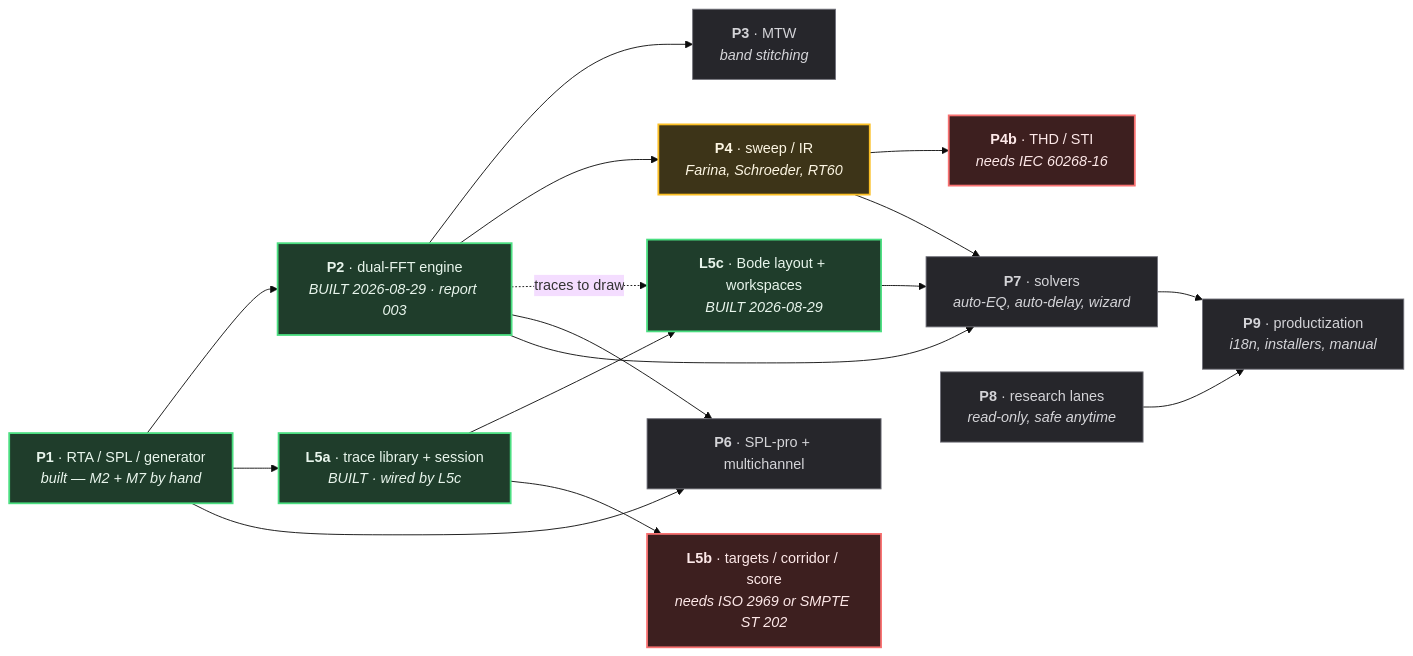
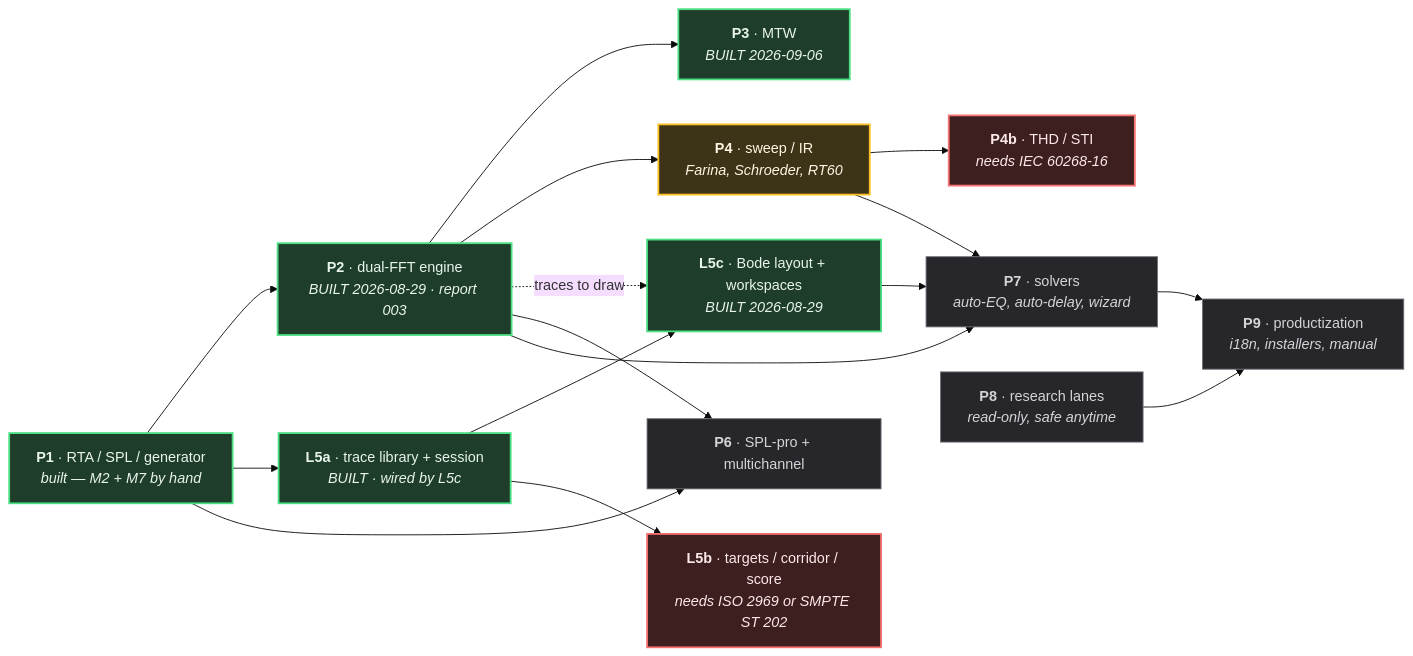
The diagram in docs/plans/MASTER-EXECUTION-PLAN.md (toanaz-ops/rta-tool), drawn with Mermaid (base theme) before and after one commit. The commit also changed other lines of this file and 6 other files, not shown here.

````diff
--- a/docs/plans/MASTER-EXECUTION-PLAN.md
+++ b/docs/plans/MASTER-EXECUTION-PLAN.md
@@ -48,38 +48,38 @@
 ```mermaid
 graph LR
     P1["<b>P1</b> · RTA / SPL / generator<br/><i>built — M2 + M7 by hand</i>"]
     P2["<b>P2</b> · dual-FFT engine<br/><i>BUILT 2026-08-29 · report 003</i>"]
-    P3["<b>P3</b> · MTW<br/><i>band stitching</i>"]
+    P3["<b>P3</b> · MTW<br/><i>BUILT 2026-09-06</i>"]
     P4["<b>P4</b> · sweep / IR<br/><i>Farina, Schroeder, RT60</i>"]
     P4b["<b>P4b</b> · THD / STI<br/><i>needs IEC 60268-16</i>"]
     L5a["<b>L5a</b> · trace library + session<br/><i>BUILT · wired by L5c</i>"]
     L5b["<b>L5b</b> · targets / corridor / score<br/><i>needs ISO 2969 or SMPTE ST 202</i>"]
     L5c["<b>L5c</b> · Bode layout + workspaces<br/><i>BUILT 2026-08-29</i>"]
     P6["<b>P6</b> · SPL-pro + multichannel"]
     P7["<b>P7</b> · solvers<br/><i>auto-EQ, auto-delay, wizard</i>"]
     P8["<b>P8</b> · research lanes<br/><i>read-only, safe anytime</i>"]
     P9["<b>P9</b> · productization<br/><i>i18n, installers, manual</i>"]
 
     P1 --> P2 --> P3
     P2 --> P4 --> P4b
     P1 --> L5a --> L5c
     L5a --> L5b
     P2 -.->|"traces to draw"| L5c
     P1 --> P6
     P2 --> P6
     P2 --> P7
     P4 --> P7
     L5c --> P7
     P7 --> P9
     P8 --> P9
 
     classDef done fill:#1f3d2b,stroke:#4ade80,stroke-width:2px,color:#e8f5ec
     classDef next fill:#3d3418,stroke:#fbbf24,stroke-width:2px,color:#fdf6e3
     classDef blocked fill:#3d1f1f,stroke:#f87171,stroke-width:2px,color:#fde8e8
     classDef later fill:#26262b,stroke:#71717a,stroke-width:1px,color:#d4d4d8
 
-    class P1,P2,L5a,L5c done
+    class P1,P2,L5a,L5c,P3 done
     class P4 next
     class L5b,P4b blocked
-    class P3,P6,P7,P8,P9 later
+    class P6,P7,P8,P9 later
 ```
````
